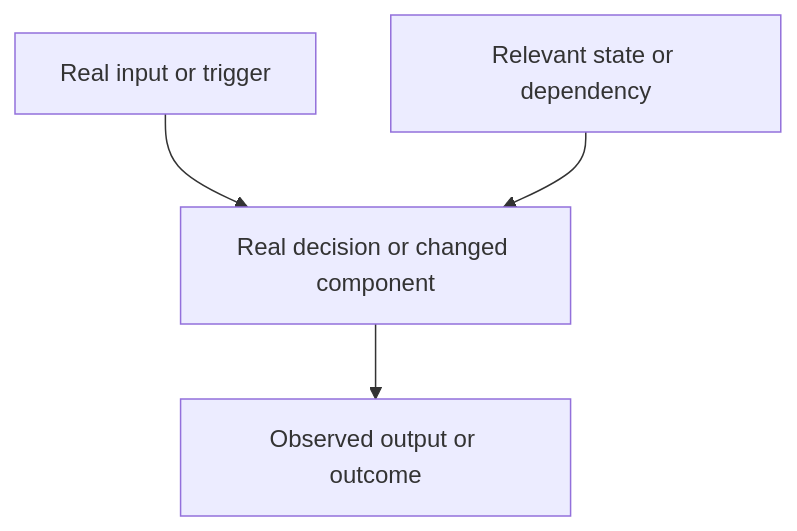
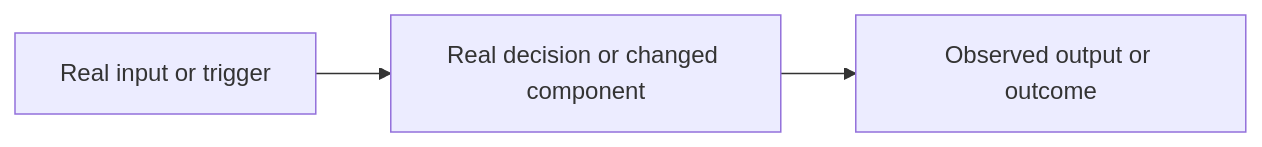
The diagram in .github/PULL_REQUEST_TEMPLATE/code.md (WD-Mitchell/which-model), drawn with Mermaid before and after one commit. The commit also changed other lines of this file and 4 other files, not shown here.

Commit message:
docs(templates): lay out short Mermaid diagrams horizontally

````diff
--- a/.github/PULL_REQUEST_TEMPLATE/code.md
+++ b/.github/PULL_REQUEST_TEMPLATE/code.md
@@ -10,10 +10,8 @@
 ```mermaid
-flowchart TD
-  input[Real input or trigger]
-  state[Relevant state or dependency]
-  decision[Real decision or changed component]
+flowchart LR
+  source[Real input or trigger]
+  change[Real decision or changed component]
   outcome[Observed output or outcome]
-  input --> decision
-  state --> decision
-  decision --> outcome
+  source --> change
+  change --> outcome
 ```
````
